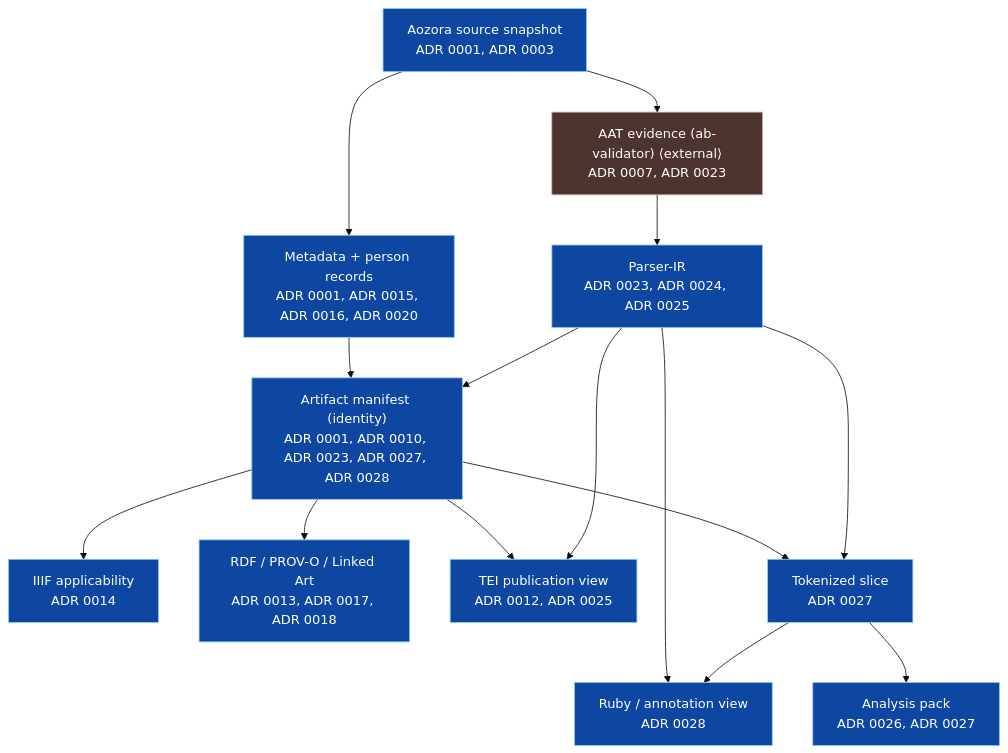
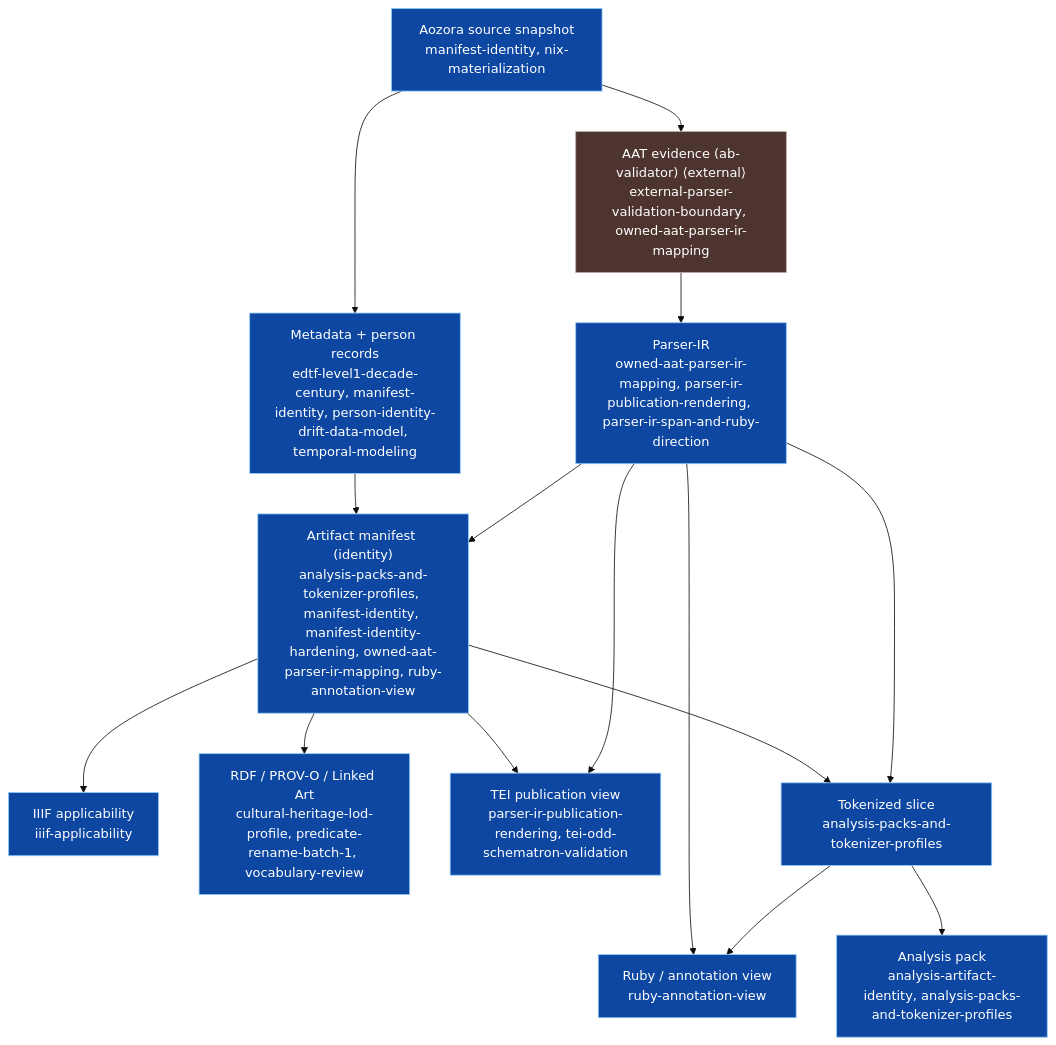
Before and after one commit to borh/abc: the diagram in abc/docs/architecture.mmd, drawn with Mermaid (base theme). The commit also changed 107 other files, not shown here.

```diff
--- a/abc/docs/architecture.mmd
+++ b/abc/docs/architecture.mmd
@@ -1,29 +1,29 @@
 %% GENERATED by clojure -M:abc/diagrams — do not edit by hand; see ADR 0029
 flowchart TD
-  aat["AAT evidence (ab-validator) ⟨external⟩<br/>ADR 0007, ADR 0023"]:::external
-  analysis["Analysis pack<br/>ADR 0026, ADR 0027"]:::owned
-  annotation["Ruby / annotation view<br/>ADR 0028"]:::owned
-  aozora_snapshot["Aozora source snapshot<br/>ADR 0001, ADR 0003"]:::owned
-  iiif["IIIF applicability<br/>ADR 0014"]:::owned
-  manifest["Artifact manifest (identity)<br/>ADR 0001, ADR 0010, ADR 0023, ADR 0027, ADR 0028"]:::owned
-  metadata["Metadata + person records<br/>ADR 0001, ADR 0015, ADR 0016, ADR 0020"]:::owned
-  parser_ir["Parser-IR<br/>ADR 0023, ADR 0024, ADR 0025"]:::owned
-  rdf["RDF / PROV-O / Linked Art<br/>ADR 0013, ADR 0017, ADR 0018"]:::owned
-  tei["TEI publication view<br/>ADR 0012, ADR 0025"]:::owned
-  tokenized["Tokenized slice<br/>ADR 0027"]:::owned
+  aat["AAT evidence (ab-validator) ⟨external⟩<br/>external-parser-validation-boundary, owned-aat-parser-ir-mapping"]:::external
+  analysis["Analysis pack<br/>analysis-artifact-identity, analysis-packs-and-tokenizer-profiles"]:::owned
+  annotation["Ruby / annotation view<br/>ruby-annotation-view"]:::owned
+  aozora_snapshot["Aozora source snapshot<br/>manifest-identity, nix-materialization"]:::owned
+  iiif["IIIF applicability<br/>iiif-applicability"]:::owned
+  manifest["Artifact manifest (identity)<br/>analysis-packs-and-tokenizer-profiles, manifest-identity, manifest-identity-hardening, owned-aat-parser-ir-mapping, ruby-annotation-view"]:::owned
+  metadata["Metadata + person records<br/>edtf-level1-decade-century, manifest-identity, person-identity-drift-data-model, temporal-modeling"]:::owned
+  parser_ir["Parser-IR<br/>owned-aat-parser-ir-mapping, parser-ir-publication-rendering, parser-ir-span-and-ruby-direction"]:::owned
+  rdf["RDF / PROV-O / Linked Art<br/>cultural-heritage-lod-profile, predicate-rename-batch-1, vocabulary-review"]:::owned
+  tei["TEI publication view<br/>parser-ir-publication-rendering, tei-odd-schematron-validation"]:::owned
+  tokenized["Tokenized slice<br/>analysis-packs-and-tokenizer-profiles"]:::owned
   aat --> parser_ir
   aozora_snapshot --> aat
   aozora_snapshot --> metadata
   manifest --> iiif
   manifest --> rdf
   manifest --> tei
   manifest --> tokenized
   metadata --> manifest
   parser_ir --> annotation
   parser_ir --> manifest
   parser_ir --> tei
   parser_ir --> tokenized
   tokenized --> analysis
   tokenized --> annotation
   classDef external fill:#4e342e,stroke:#bcaaa4,color:#fff
   classDef owned fill:#0d47a1,stroke:#90caf9,color:#fff
```
